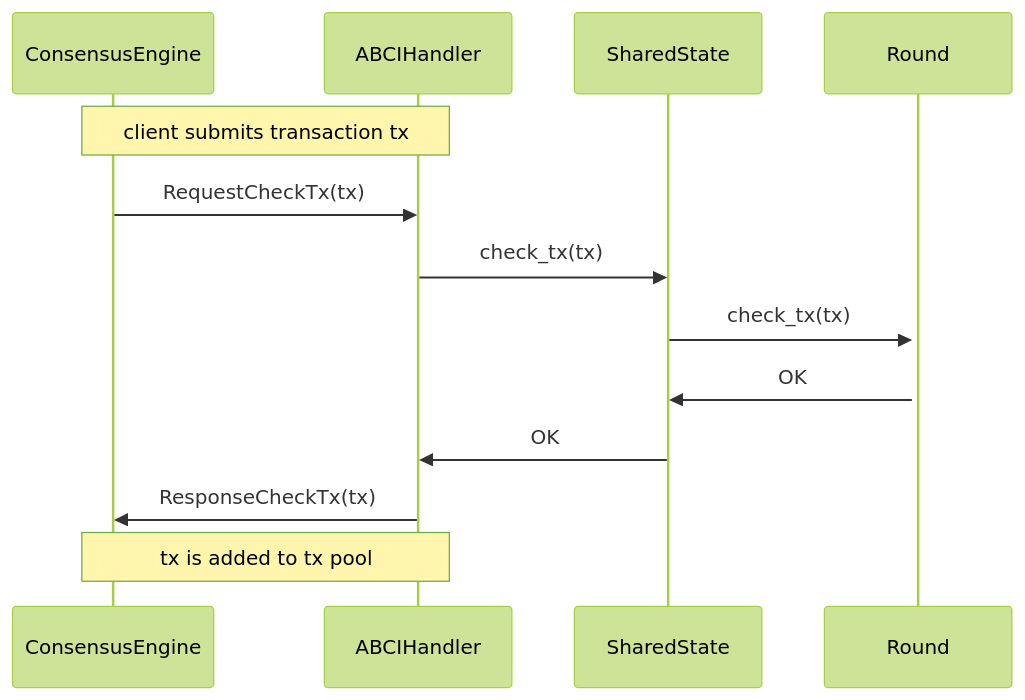
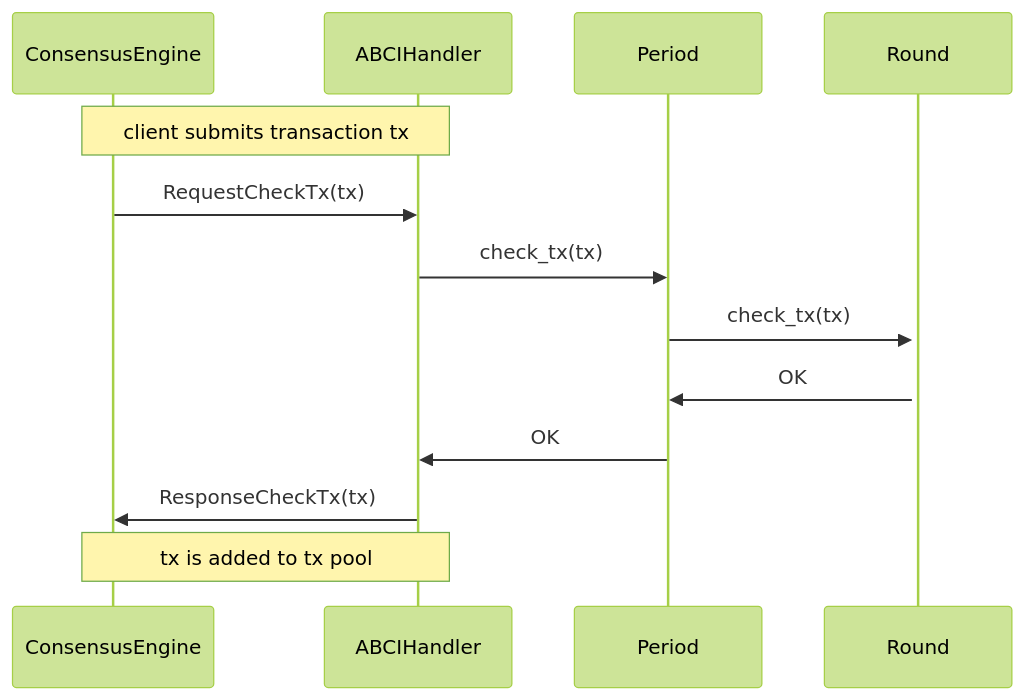
One commit to valory-xyz/open-autonomy changed the second of 3 diagrams in docs/abci_app_interactions.md. Above: the diagram before and after it, drawn with Mermaid (forest theme). The commit also changed other lines of this file and 23 other files, not shown here.

```diff
--- a/docs/abci_app_interactions.md
+++ b/docs/abci_app_interactions.md
@@ -82,16 +82,16 @@
 <div class="mermaid">
     sequenceDiagram
         participant ConsensusEngine
         participant ABCIHandler
-        participant SharedState
+        participant Period
         participant Round
         activate Round
         note over ConsensusEngine,ABCIHandler: client submits transaction tx
         ConsensusEngine->>ABCIHandler: RequestCheckTx(tx)
-        ABCIHandler->>SharedState: check_tx(tx)
-        SharedState->>Round: check_tx(tx)
-        Round->>SharedState: OK
-        SharedState->>ABCIHandler: OK
+        ABCIHandler->>Period: check_tx(tx)
+        Period->>Round: check_tx(tx)
+        Round->>Period: OK
+        Period->>ABCIHandler: OK
         ABCIHandler->>ConsensusEngine: ResponseCheckTx(tx)
         note over ConsensusEngine,ABCIHandler: tx is added to tx pool
 </div>
```
